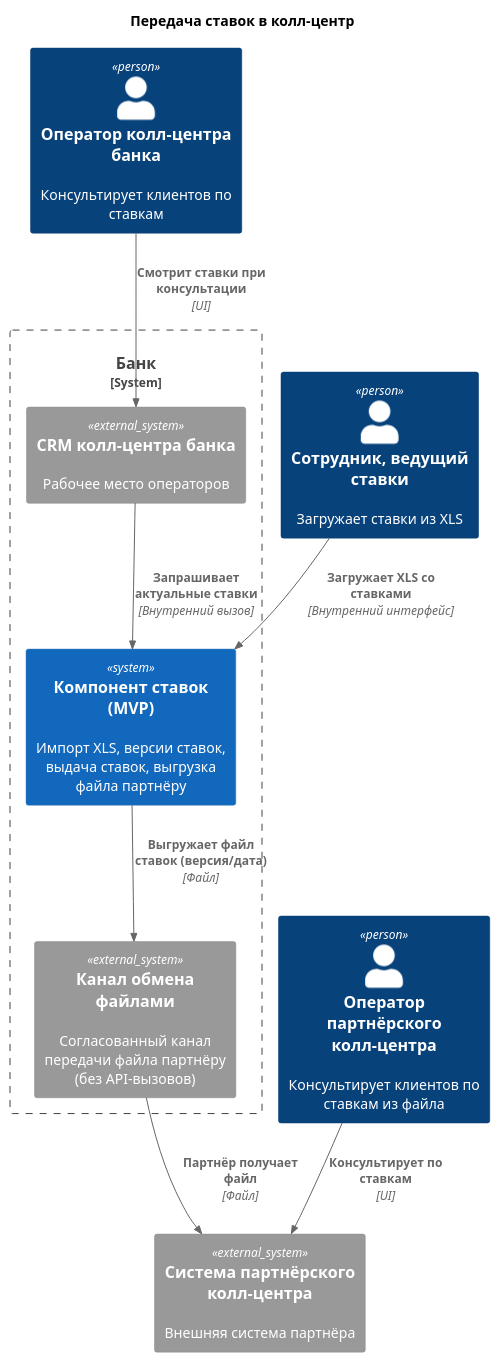
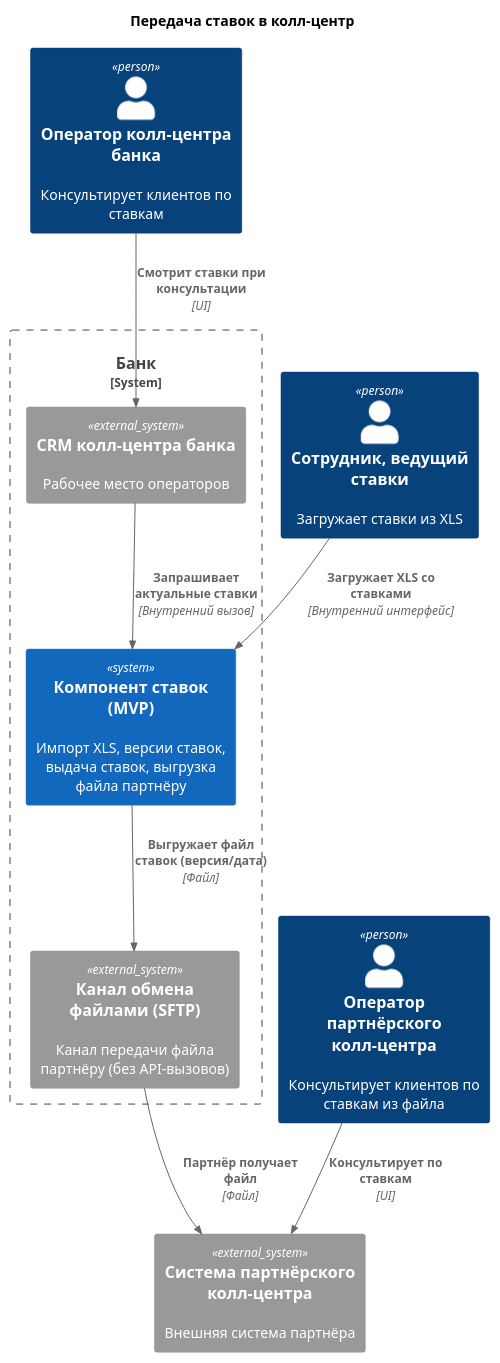
Before and after one commit to volodin33/architecture-pro-standart: the diagram in Task4/rates_context.puml, drawn with PlantUML. The commit also changed 12 other files, not shown here.

Commit message:
- Конкретикзировал требования - Указал канал передачи файлов: SFTP - Добавил очередь (Kafka) в диаграммы

```diff
--- a/Task4/rates_context.puml
+++ b/Task4/rates_context.puml
@@ -1,24 +1,24 @@
 @startuml
 !include https://raw.githubusercontent.com/plantuml-stdlib/C4-PlantUML/master/C4_Context.puml
 title Передача ставок в колл-центр
 
 Person(cc_operator, "Оператор колл-центра банка", "Консультирует клиентов по ставкам")
 Person(rate_manager, "Сотрудник, ведущий ставки", "Загружает ставки из XLS")
 Person(partner_operator, "Оператор партнёрского колл-центра", "Консультирует клиентов по ставкам из файла")
 
 System_Boundary(bank, "Банк") {
   System(rates_mvp, "Компонент ставок (MVP)", "Импорт XLS, версии ставок, выдача ставок, выгрузка файла партнёру")
   System_Ext(crm_cc, "CRM колл-центра банка", "Рабочее место операторов")
-  System_Ext(file_channel, "Канал обмена файлами", "Согласованный канал передачи файла партнёру (без API-вызовов)")
+  System_Ext(file_channel, "Канал обмена файлами (SFTP)", "Канал передачи файла партнёру (без API-вызовов)")
 }
 
 System_Ext(partner_cc_sys, "Система партнёрского колл-центра", "Внешняя система партнёра")
 
 Rel(rate_manager, rates_mvp, "Загружает XLS со ставками", "Внутренний интерфейс")
 Rel(cc_operator, crm_cc, "Смотрит ставки при консультации", "UI")
 Rel(crm_cc, rates_mvp, "Запрашивает актуальные ставки", "Внутренний вызов")
 Rel(rates_mvp, file_channel, "Выгружает файл ставок (версия/дата)", "Файл")
 Rel(file_channel, partner_cc_sys, "Партнёр получает файл", "Файл")
 Rel(partner_operator, partner_cc_sys, "Консультирует по ставкам", "UI")
 
 @enduml
```
